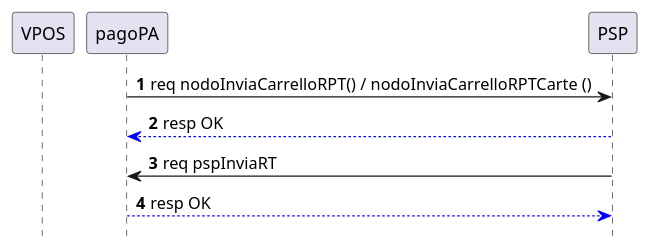
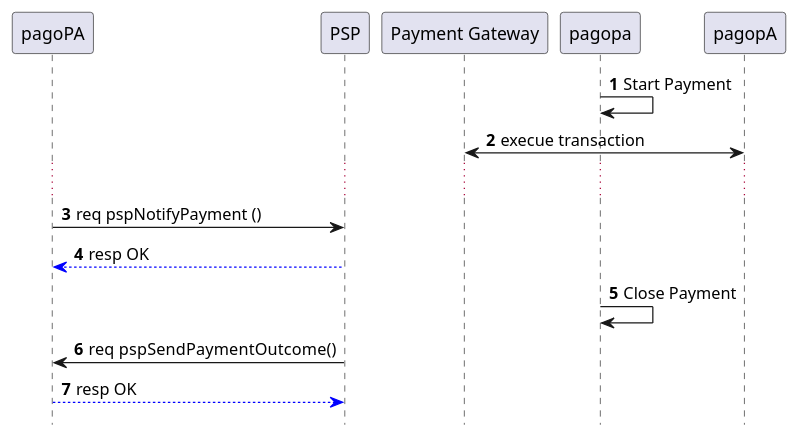
One commit to pagopa-archive/pagopa-specifichepagamenti-docs changed the diagram in puml-diagrams/sd_pagamento_wallet.puml. Above: the diagram before and after it, drawn with PlantUML. The commit also changed 3 other files, not shown here.

Commit message:
introfduzione pspNotifyPayment

```diff
--- a/puml-diagrams/sd_pagamento_wallet.puml
+++ b/puml-diagrams/sd_pagamento_wallet.puml
@@ -1,15 +1,20 @@
 @startuml
 hide footbox
 autonumber 
 
-participant vpos  as "VPOS"
 participant nodo as "pagoPA"
 participant psp as "PSP"
+participant pg as "Payment Gateway"
 
+pagopa -> pagopa : Start Payment 
+pagopA <-> pg : execue transaction
+...
 
-nodo -> psp : req nodoInviaCarrelloRPT() / nodoInviaCarrelloRPTCarte ()
+nodo -> psp : req pspNotifyPayment ()
 psp -[#blue]-> nodo : resp OK
 
-psp -> nodo : req pspInviaRT
+pagopa -> pagopa : Close Payment
+
+psp -> nodo : req  pspSendPaymentOutcome()
 nodo -[#blue]-> psp : resp OK
 @enduml
```
